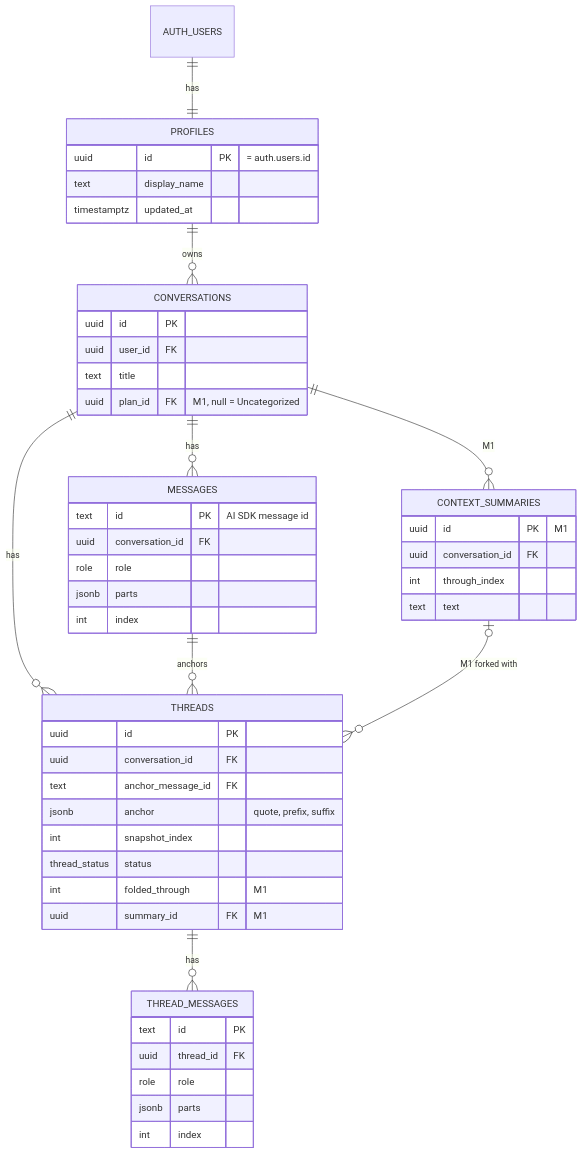
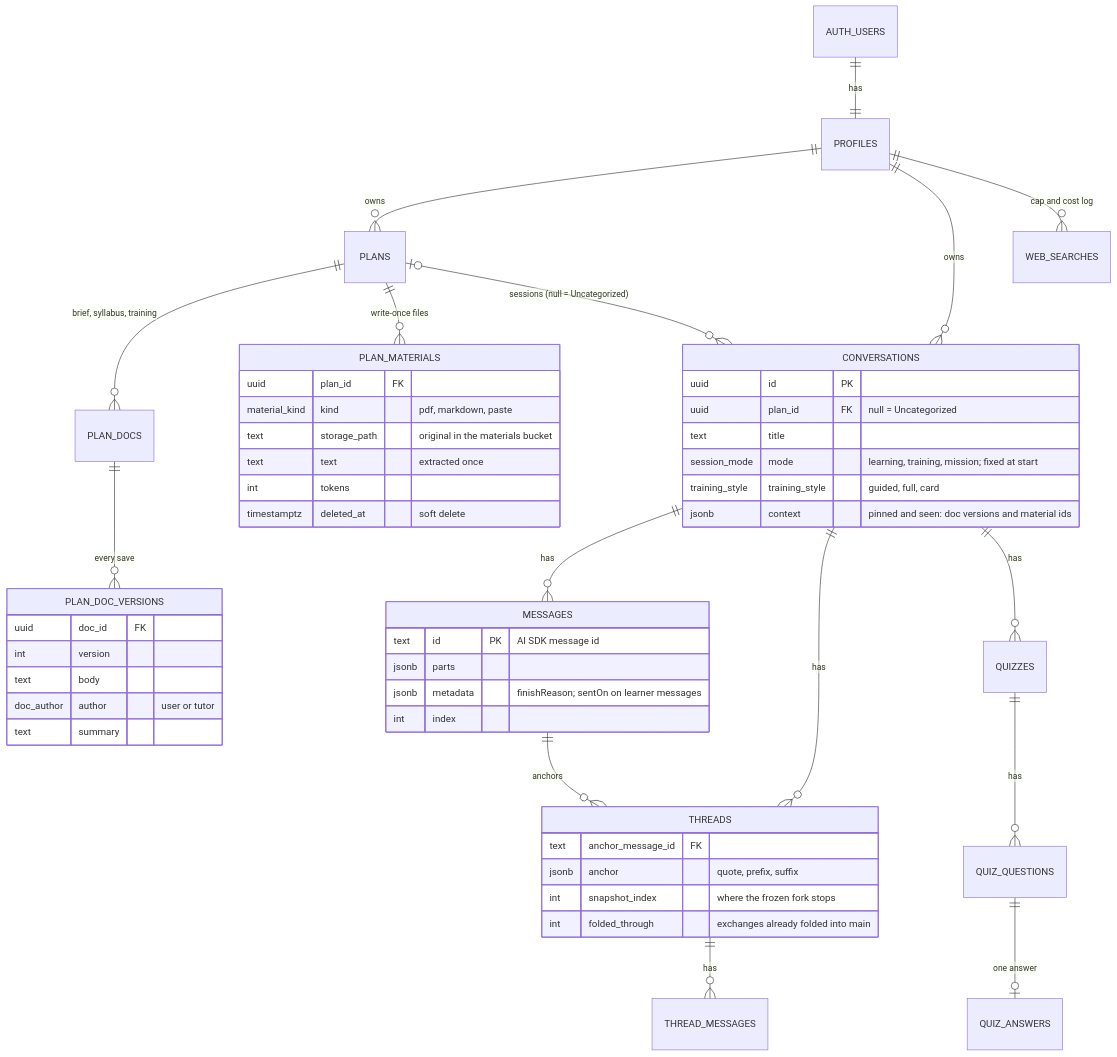
One commit to chang-ryan/funlern changed the diagram in docs/WORK.md. Above: the diagram before and after it, drawn with Mermaid. The commit also changed other lines of this file and 16 other files, not shown here.

````diff
--- a/docs/WORK.md
+++ b/docs/WORK.md
@@ -88,53 +88,54 @@
 ```mermaid
 erDiagram
   AUTH_USERS ||--|| PROFILES : "has"
+  PROFILES ||--o{ PLANS : owns
   PROFILES ||--o{ CONVERSATIONS : owns
+  PLANS ||--o{ PLAN_DOCS : "brief, syllabus, training"
+  PLAN_DOCS ||--o{ PLAN_DOC_VERSIONS : "every save"
+  PLANS ||--o{ PLAN_MATERIALS : "write-once files"
+  PLANS |o--o{ CONVERSATIONS : "sessions (null = Uncategorized)"
   CONVERSATIONS ||--o{ MESSAGES : has
   CONVERSATIONS ||--o{ THREADS : has
   MESSAGES ||--o{ THREADS : "anchors"
   THREADS ||--o{ THREAD_MESSAGES : has
-  CONVERSATIONS ||--o{ CONTEXT_SUMMARIES : "M1"
-  CONTEXT_SUMMARIES |o--o{ THREADS : "M1 forked with"
+  CONVERSATIONS ||--o{ QUIZZES : has
+  QUIZZES ||--o{ QUIZ_QUESTIONS : has
+  QUIZ_QUESTIONS ||--o| QUIZ_ANSWERS : "one answer"
+  PROFILES ||--o{ WEB_SEARCHES : "cap and cost log"
 
-  PROFILES {
-    uuid id PK "= auth.users.id"
-    text display_name
-    timestamptz updated_at
-  }
   CONVERSATIONS {
     uuid id PK
-    uuid user_id FK
+    uuid plan_id FK "null = Uncategorized"
     text title
-    uuid plan_id FK "M1, null = Uncategorized"
+    session_mode mode "learning, training, mission; fixed at start"
+    training_style training_style "guided, full, card"
+    jsonb context "pinned and seen: doc versions and material ids"
+  }
+  PLAN_DOC_VERSIONS {
+    uuid doc_id FK
+    int version
+    text body
+    doc_author author "user or tutor"
+    text summary
+  }
+  PLAN_MATERIALS {
+    uuid plan_id FK
+    material_kind kind "pdf, markdown, paste"
+    text storage_path "original in the materials bucket"
+    text text "extracted once"
+    int tokens
+    timestamptz deleted_at "soft delete"
   }
   MESSAGES {
     text id PK "AI SDK message id"
-    uuid conversation_id FK
-    role role
     jsonb parts
+    jsonb metadata "finishReason; sentOn on learner messages"
     int index
   }
   THREADS {
-    uuid id PK
-    uuid conversation_id FK
     text anchor_message_id FK
     jsonb anchor "quote, prefix, suffix"
-    int snapshot_index
-    thread_status status
-    int folded_through "M1"
-    uuid summary_id FK "M1"
-  }
-  THREAD_MESSAGES {
-    text id PK
-    uuid thread_id FK
-    role role
-    jsonb parts
-    int index
-  }
-  CONTEXT_SUMMARIES {
-    uuid id PK "M1"
-    uuid conversation_id FK
-    int through_index
-    text text
+    int snapshot_index "where the frozen fork stops"
+    int folded_through "exchanges already folded into main"
   }
 ```
````
